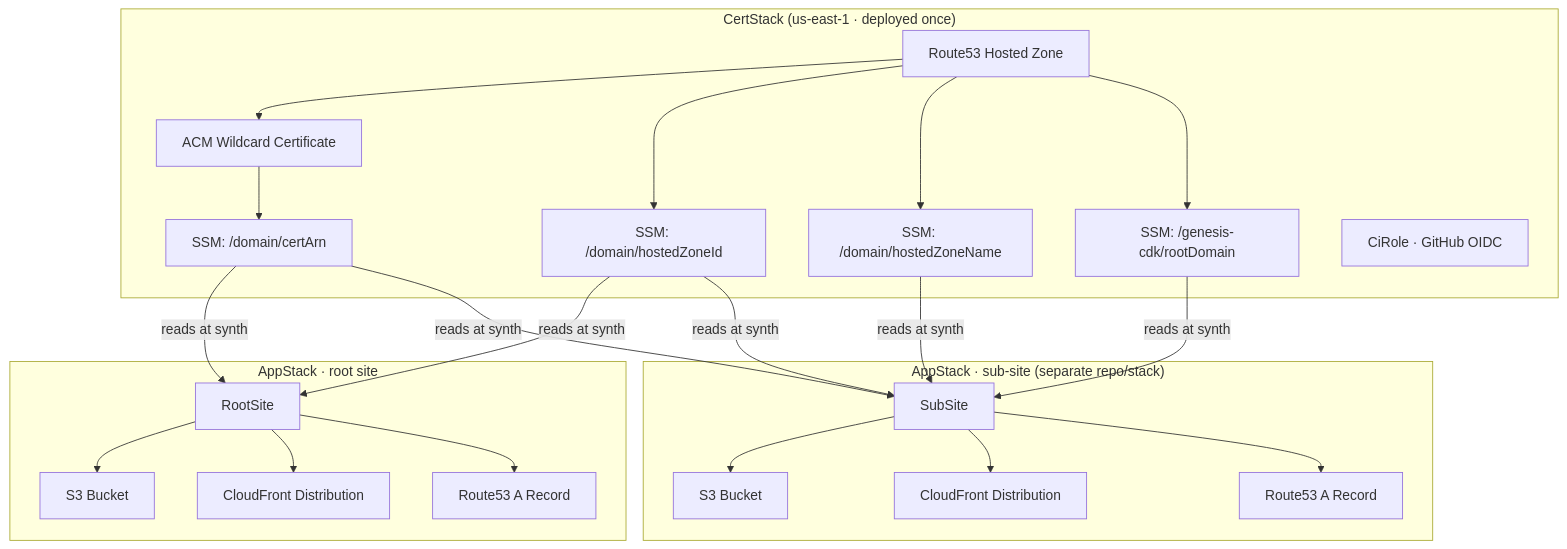
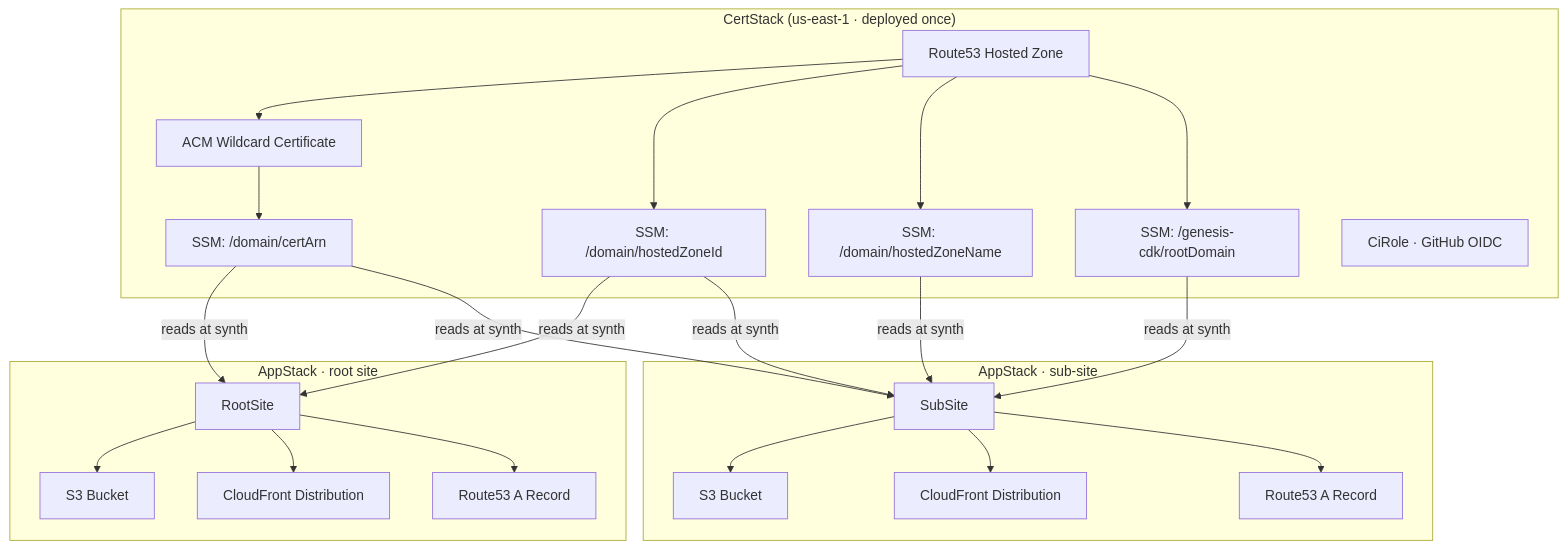
The diagram in README.md (samconibear/Genesis-CDK), drawn with Mermaid before and after one commit. The commit also changed other lines of this file and 13 other files, not shown here.

````diff
--- a/README.md
+++ b/README.md
@@ -268,30 +194,30 @@
 ```mermaid
 flowchart TD
     subgraph CertStack["CertStack (us-east-1 · deployed once)"]
         HZ[Route53 Hosted Zone]
         CERT[ACM Wildcard Certificate]
         HZ --> CERT
         CERT --> SSM_CERT[SSM: /domain/certArn]
         HZ --> SSM_HZI[SSM: /domain/hostedZoneId]
         HZ --> SSM_HZN[SSM: /domain/hostedZoneName]
         HZ --> SSM_RD[SSM: /genesis-cdk/rootDomain]
         CI[CiRole · GitHub OIDC]
     end
 
     SSM_CERT & SSM_HZI -->|reads at synth| ROOT
     SSM_CERT & SSM_HZI & SSM_HZN & SSM_RD -->|reads at synth| SUB
 
     subgraph RootStack["AppStack · root site"]
         ROOT[RootSite]
         ROOT --> S3_ROOT[S3 Bucket]
         ROOT --> CF_ROOT[CloudFront Distribution]
         ROOT --> DNS_ROOT[Route53 A Record]
     end
 
-    subgraph SubStack["AppStack · sub-site (separate repo/stack)"]
+    subgraph SubStack["AppStack · sub-site"]
         SUB[SubSite]
         SUB --> S3_SUB[S3 Bucket]
         SUB --> CF_SUB[CloudFront Distribution]
         SUB --> DNS_SUB[Route53 A Record]
     end
 ```
````
